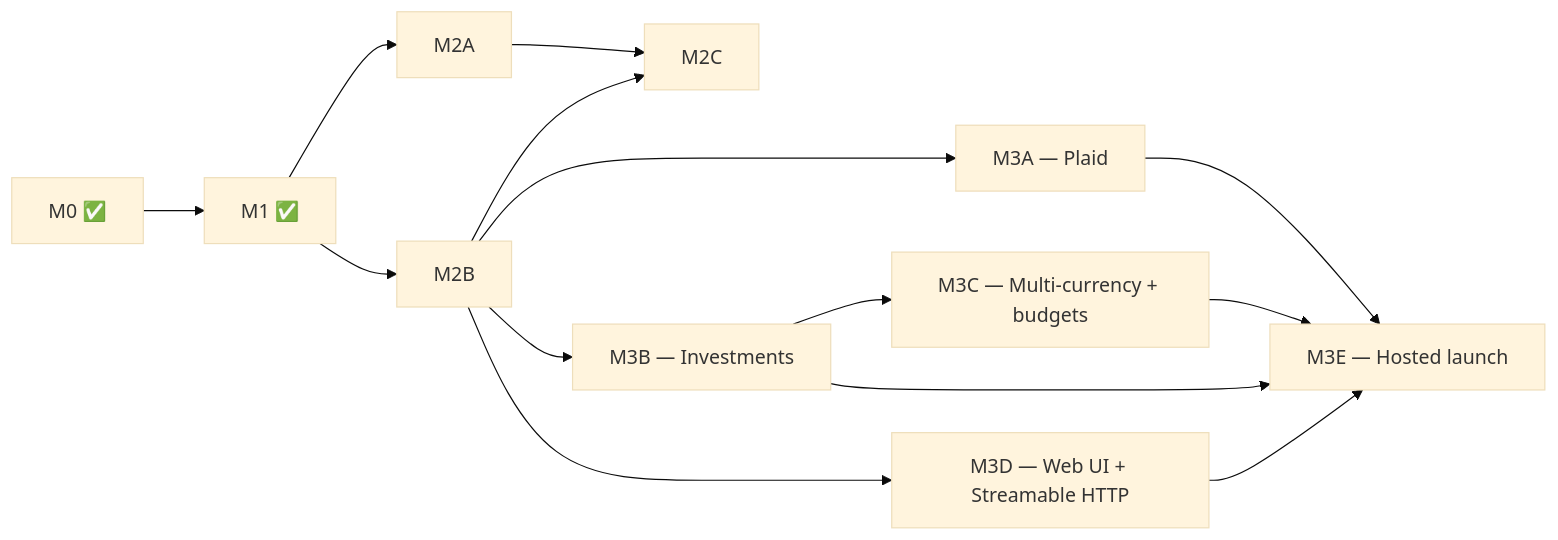
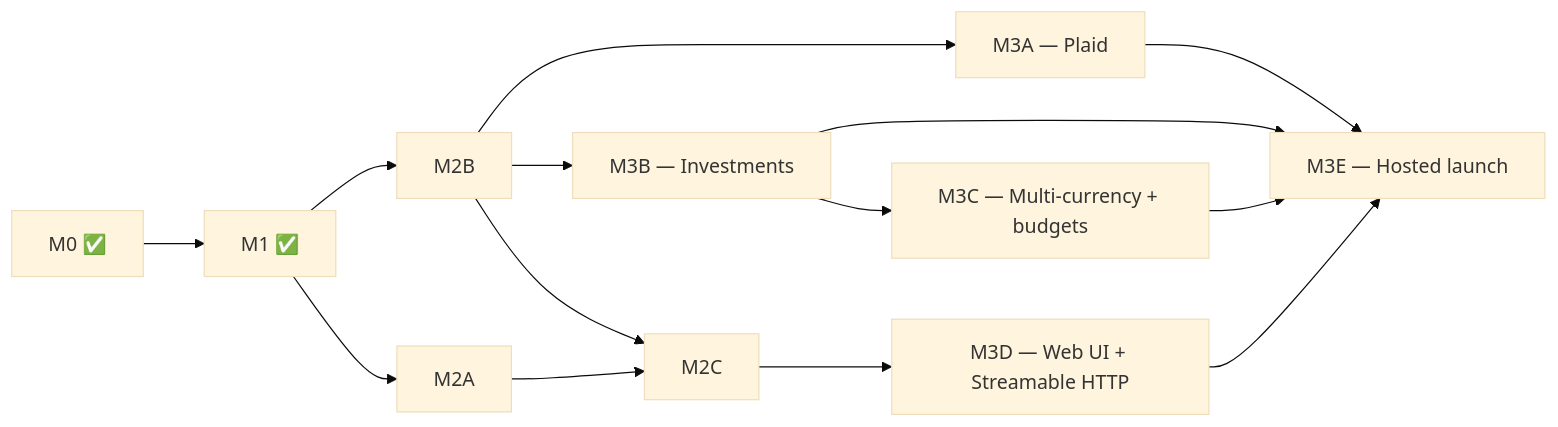
The diagram in docs/roadmap.md (bsaffel/moneybin), drawn with Mermaid (base theme) before and after one commit. The commit also changed other lines of this file and 3 other files, not shown here.

````diff
--- a/docs/roadmap.md
+++ b/docs/roadmap.md
@@ -122,27 +126,27 @@
 ```mermaid
 flowchart LR
     M0[M0 ✅]
     M1[M1 ✅]
     M2A[M2A]
     M2B[M2B]
     M2C[M2C]
     M3A[M3A — Plaid]
     M3B[M3B — Investments]
     M3C[M3C — Multi-currency + budgets]
     M3D[M3D — Web UI + Streamable HTTP]
     M3E[M3E — Hosted launch]
 
     M0 --> M1
     M1 --> M2A
     M1 --> M2B
     M2B --> M2C
     M2A --> M2C
     M2B --> M3A
     M2B --> M3B
-    M2B --> M3D
+    M2C --> M3D
     M3B --> M3C
     M3A --> M3E
     M3B --> M3E
     M3C --> M3E
     M3D --> M3E
 ```
````
